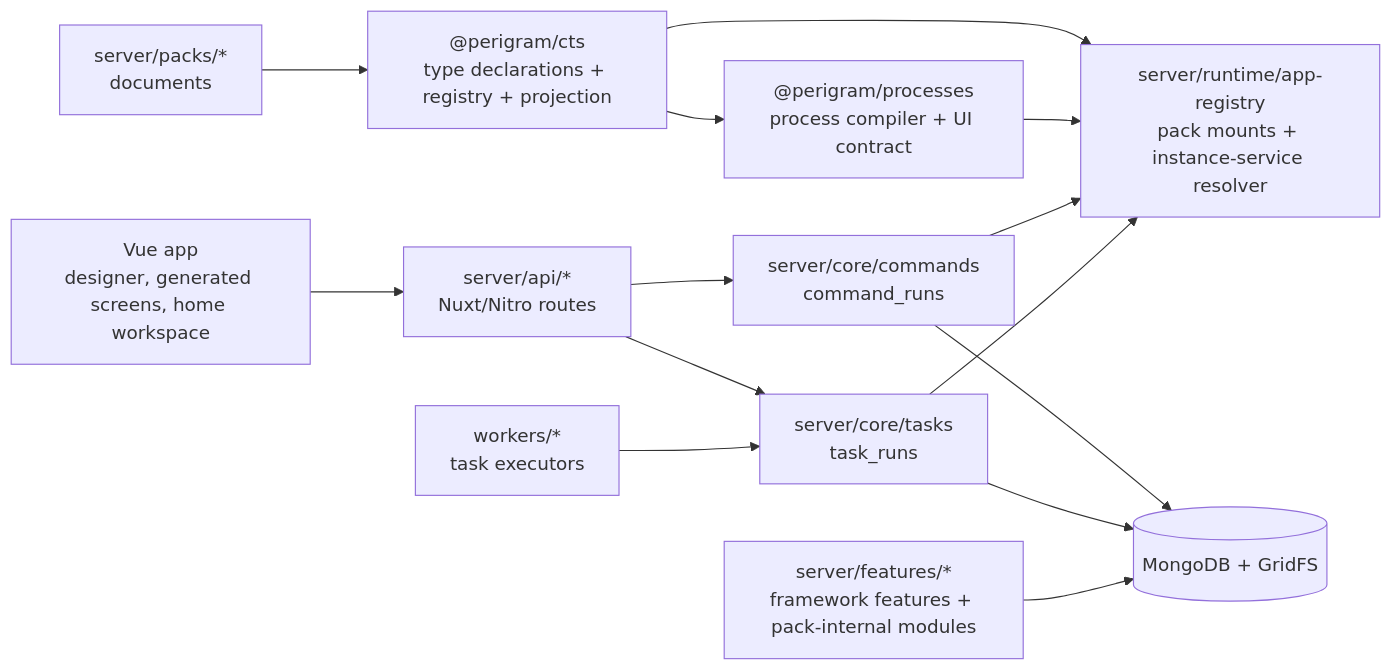
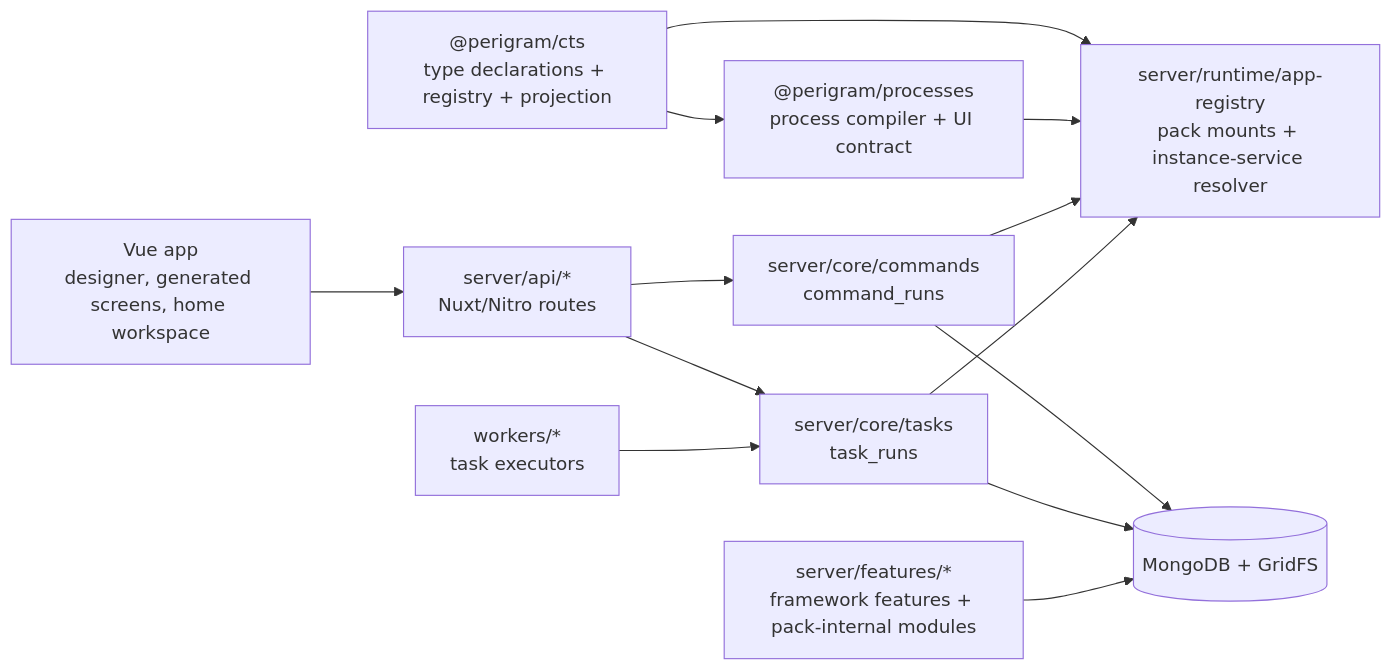
One commit to Perigram/perigram changed the first of 2 diagrams in README.md. Above: the diagram before and after it, drawn with Mermaid. The commit also changed other lines of this file and 6 other files, not shown here.

Commit message:
neo: docs for the documents plugin (executor + listing README, no-packs packs README, root/workers/scripts maps, plugins feature transitional note, TODO slice E)

````diff
--- a/README.md
+++ b/README.md
@@ -27,28 +27,26 @@
 ```mermaid
 flowchart LR
   Cts["@perigram/cts<br/>type declarations + registry + projection"]
-  Packs["server/packs/*<br/>documents"]
   Compiler["@perigram/processes<br/>process compiler + UI contract"]
   Runtime["server/runtime/app-registry<br/>pack mounts + instance-service resolver"]
   Commands["server/core/commands<br/>command_runs"]
   Tasks["server/core/tasks<br/>task_runs"]
   Features["server/features/*<br/>framework features + pack-internal modules"]
   API["server/api/*<br/>Nuxt/Nitro routes"]
   UI["Vue app<br/>designer, generated screens, home workspace"]
   Workers["workers/*<br/>task executors"]
   Mongo[(MongoDB + GridFS)]
 
-  Packs --> Cts
   Cts --> Compiler
   Cts --> Runtime
   Compiler --> Runtime
   API --> Commands
   API --> Tasks
   Commands --> Runtime
   Tasks --> Runtime
   Commands --> Mongo
   Tasks --> Mongo
   Features --> Mongo
   UI --> API
   Workers --> Tasks
 ```
````
